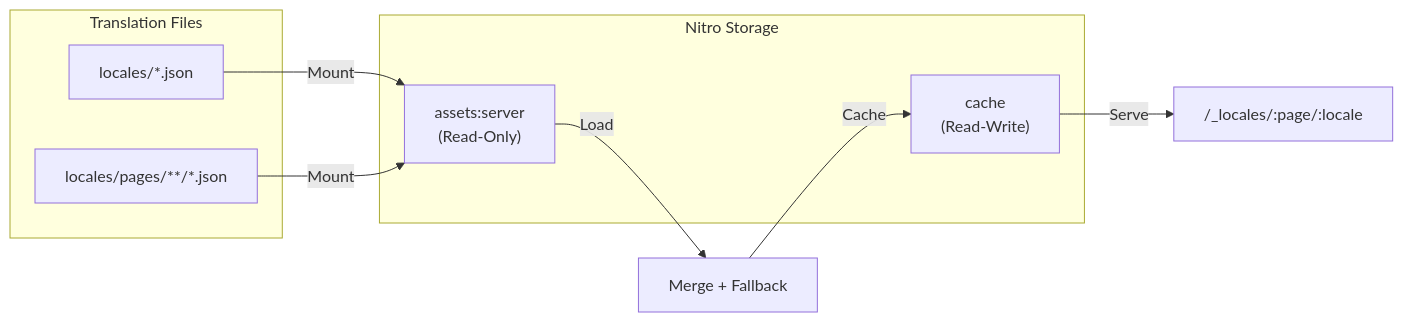
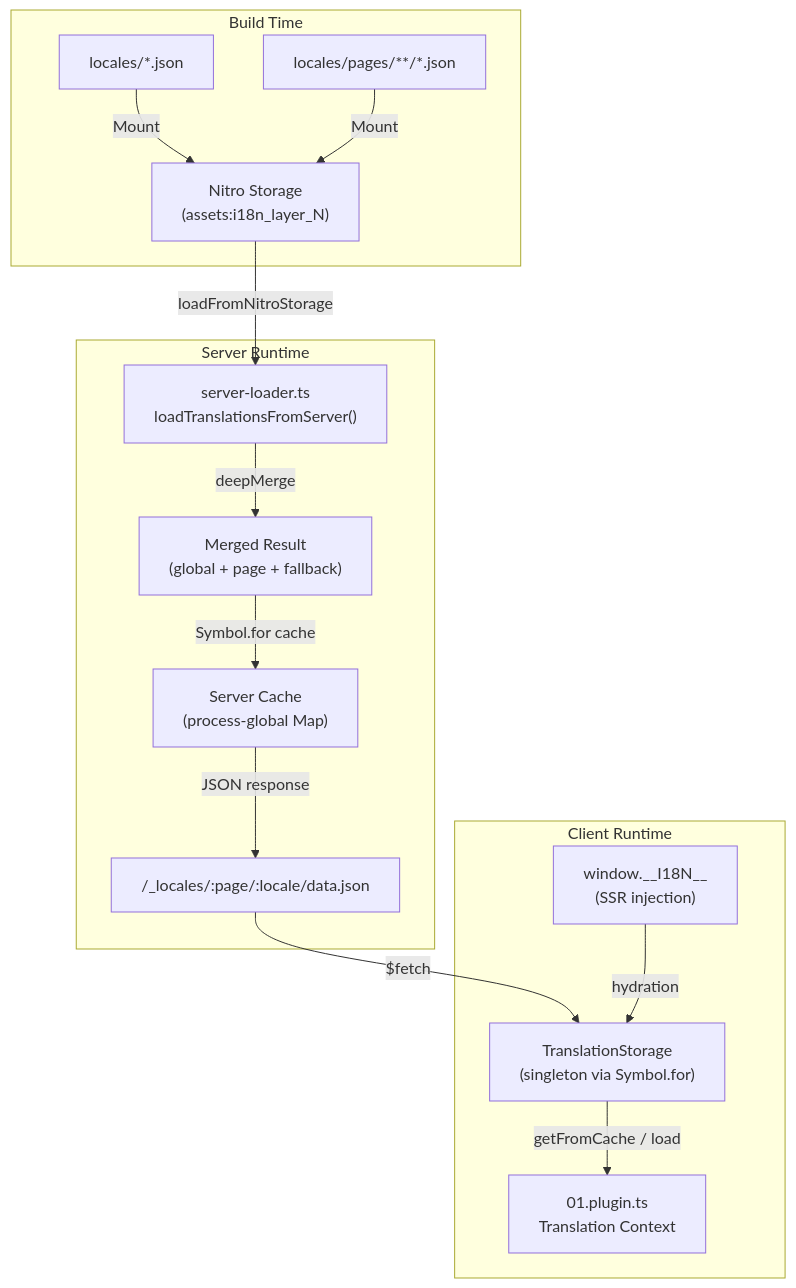
Before and after one commit to s00d/nuxt-i18n-micro: the diagram in docs/api/i18n-cache-api.md, drawn with Mermaid. The commit also changed other lines of this file, not shown here.

Commit message:
docs(i18n-cache-api): update translation cache architecture documentation

````diff
--- a/docs/api/i18n-cache-api.md
+++ b/docs/api/i18n-cache-api.md
@@ -58,19 +11,20 @@
 ```mermaid
-flowchart LR
-    subgraph Storage["Nitro Storage"]
-        AS["assets:server<br/>(Read-Only)"]
-        CS["cache<br/>(Read-Write)"]
+flowchart TB
+    subgraph Build["Build Time"]
+        F1["locales/*.json"] -->|Mount| NS["Nitro Storage<br/>(assets:i18n_layer_N)"]
+        F2["locales/pages/**/*.json"] -->|Mount| NS
     end
-    
-    subgraph Files["Translation Files"]
-        GF["locales/*.json"]
-        PF["locales/pages/**/*.json"]
+
+    subgraph Server["Server Runtime"]
+        NS -->|loadFromNitroStorage| SL["server-loader.ts<br/>loadTranslationsFromServer()"]
+        SL -->|deepMerge| MR["Merged Result<br/>(global + page + fallback)"]
+        MR -->|Symbol.for cache| SC["Server Cache<br/>(process-global Map)"]
+        SC -->|JSON response| API["/_locales/:page/:locale/data.json"]
     end
-    
-    GF -->|Mount| AS
-    PF -->|Mount| AS
-    
-    AS -->|Load| M[Merge + Fallback]
-    M -->|Cache| CS
-    CS -->|Serve| API["/_locales/:page/:locale"]
+
+    subgraph Client["Client Runtime"]
+        API -->|$fetch| TS["TranslationStorage<br/>(singleton via Symbol.for)"]
+        SSR["window.__I18N__<br/>(SSR injection)"] -->|hydration| TS
+        TS -->|getFromCache / load| PL["01.plugin.ts<br/>Translation Context"]
+    end
 ```
````
